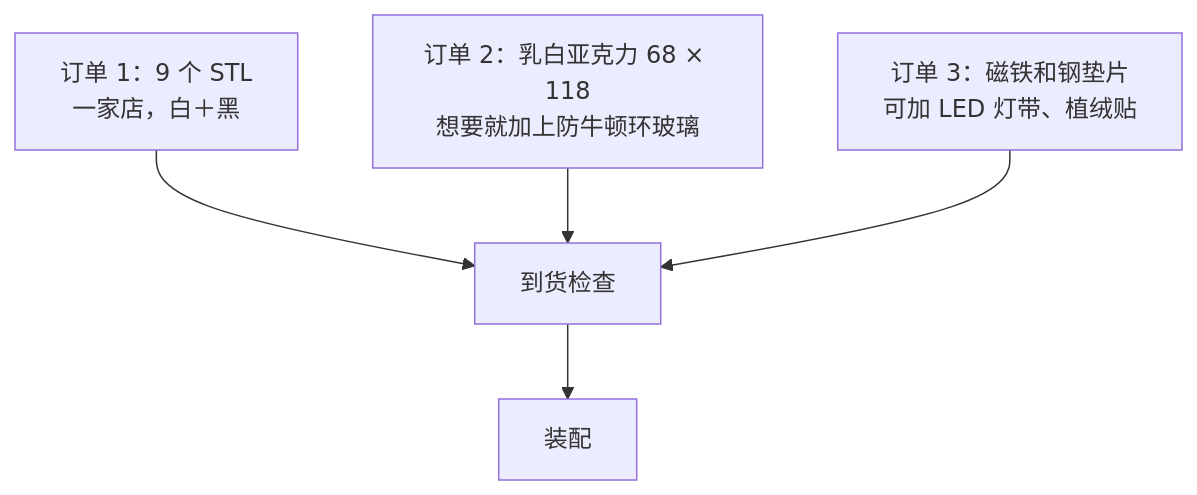
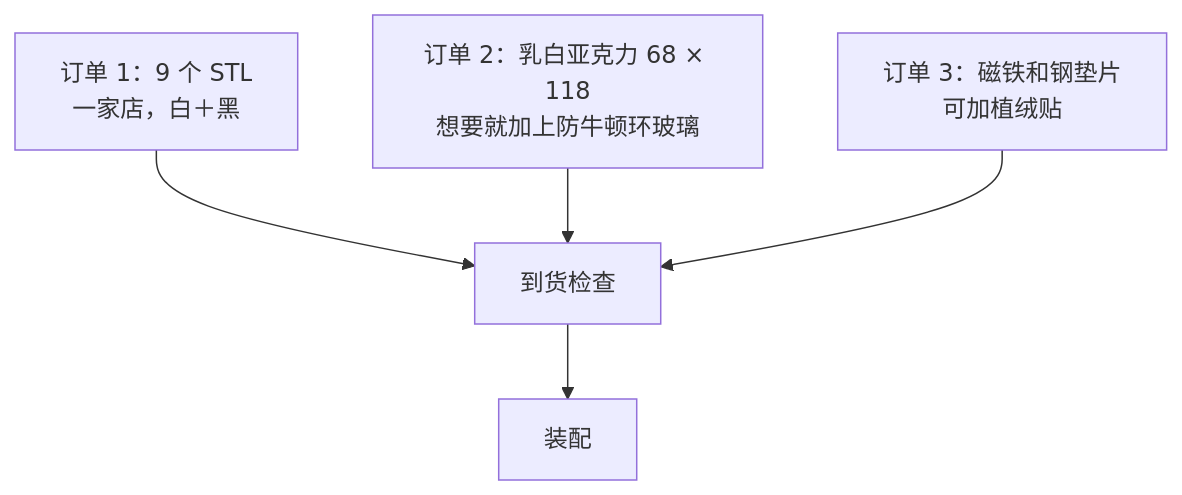
Before and after one commit to Neoanaloglab/Neobox: the diagram in docs/bom.zh-CN.md, drawn with Mermaid. The commit also changed other lines of this file and 59 other files, not shown here.

````diff
--- a/docs/bom.zh-CN.md
+++ b/docs/bom.zh-CN.md
@@ -179,7 +176,7 @@
 ```mermaid
 flowchart TD
   A[订单 1：9 个 STL<br/>一家店，白＋黑] --> D[到货检查]
   B[订单 2：乳白亚克力 68 × 118<br/>想要就加上防牛顿环玻璃] --> D
-  C[订单 3：磁铁和钢垫片<br/>可加 LED 灯带、植绒贴] --> D
+  C[订单 3：磁铁和钢垫片<br/>可加植绒贴] --> D
   D --> E[装配]
 ```
````
